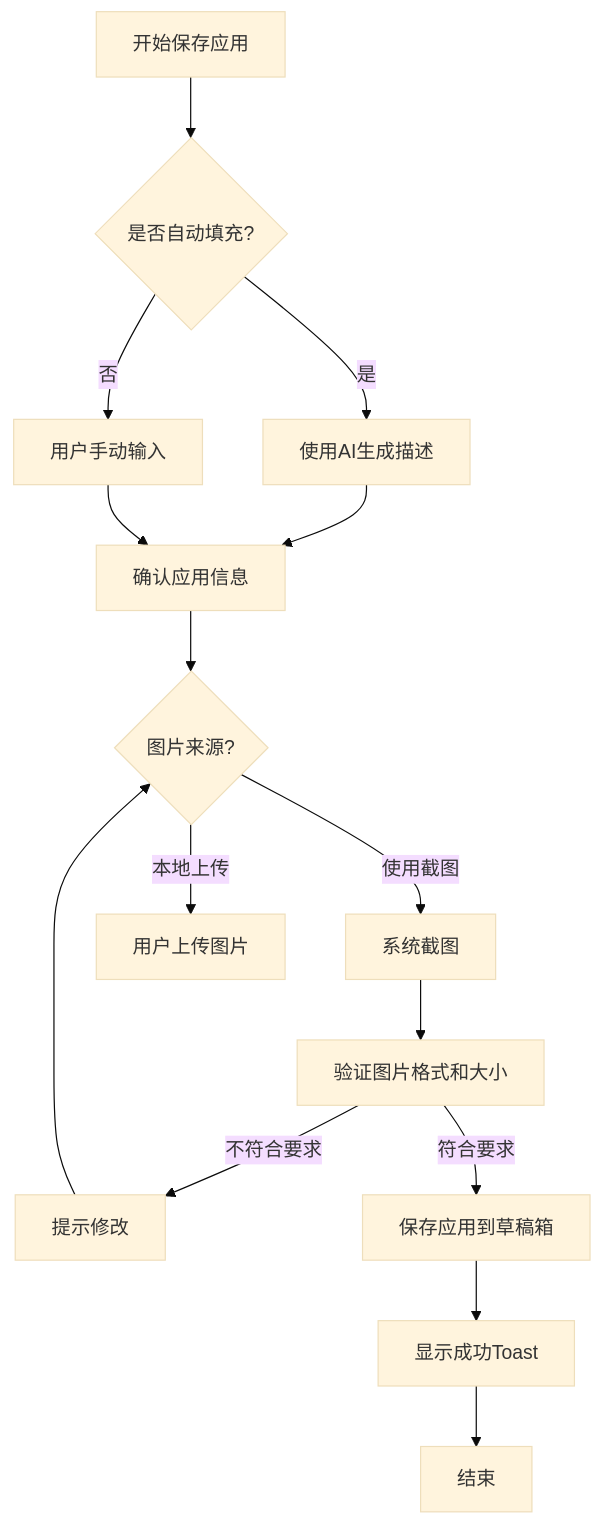
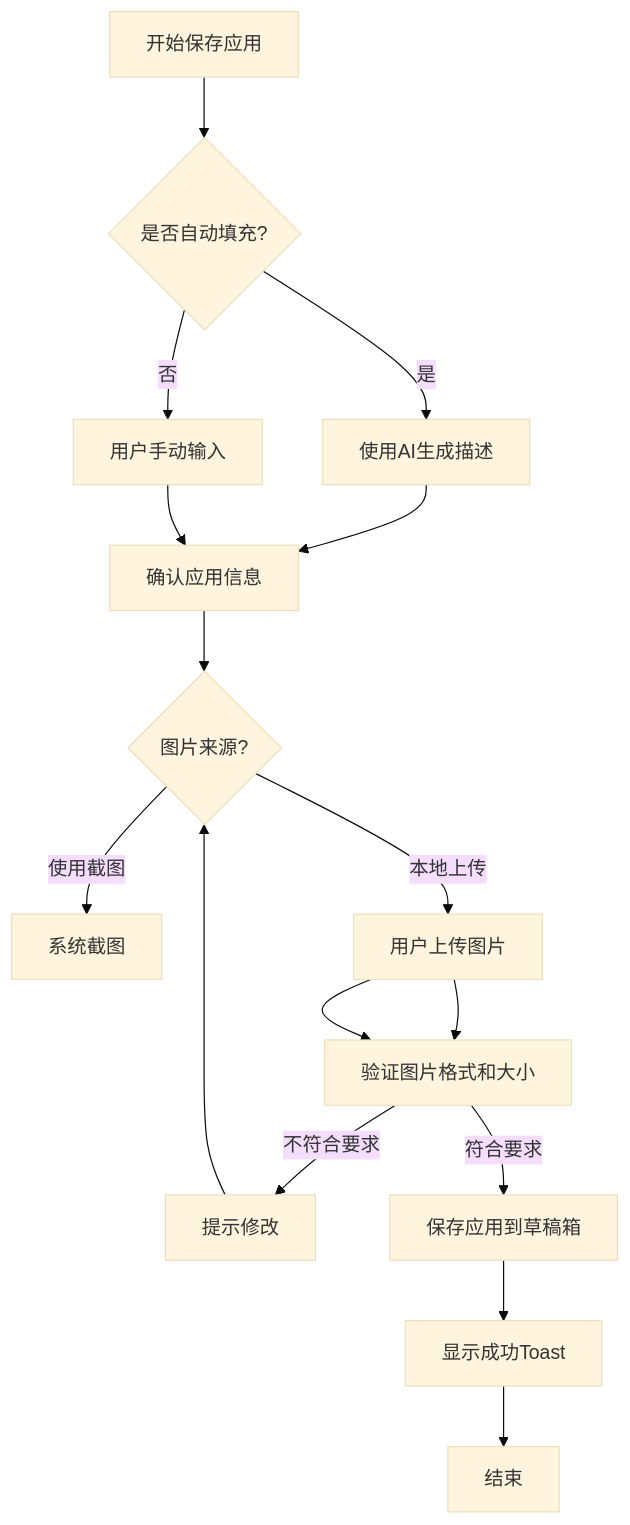
The diagram in all/未命名-66.md (yingjianzh/iodraw-files), drawn with Mermaid (base theme) before and after one commit.

Commit message:
2025-05-27 11:18:04 update

````diff
--- a/all/未命名-66.md
+++ b/all/未命名-66.md
@@ -1,19 +1,20 @@
 ```mermaid
 
 flowchart TD
     A[开始保存应用] --> B{是否自动填充?}
     B -->|是| C[使用AI生成描述]
     B -->|否| D[用户手动输入]
     C --> E[确认应用信息]
     D --> E
     E --> F{图片来源?}
     F -->|使用截图| G[系统截图]
     F -->|本地上传| H[用户上传图片]
-    G --> I[验证图片格式和大小]
+    H --> I[验证图片格式和大小]
+    H --> I
     I -->|不符合要求| J[提示修改]
     J --> F
     I -->|符合要求| K[保存应用到草稿箱]
     K --> L[显示成功Toast]
     L --> M[结束]
 
 ```
````
